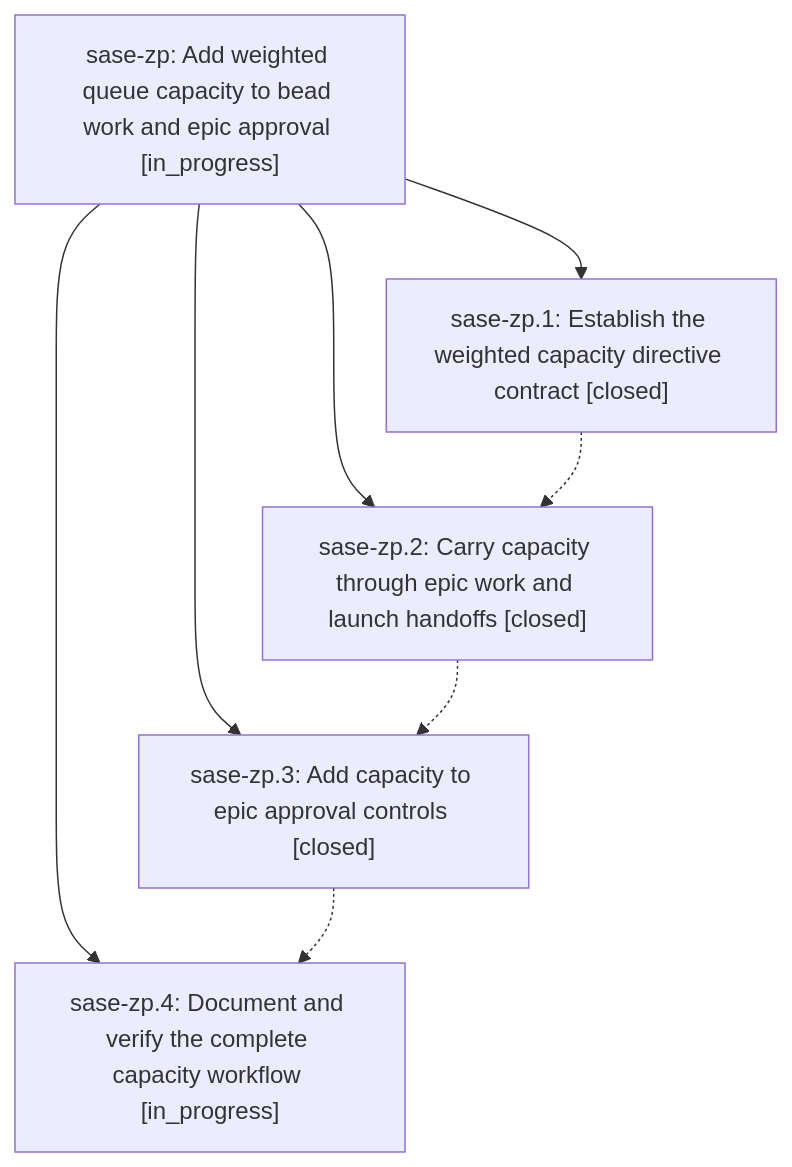
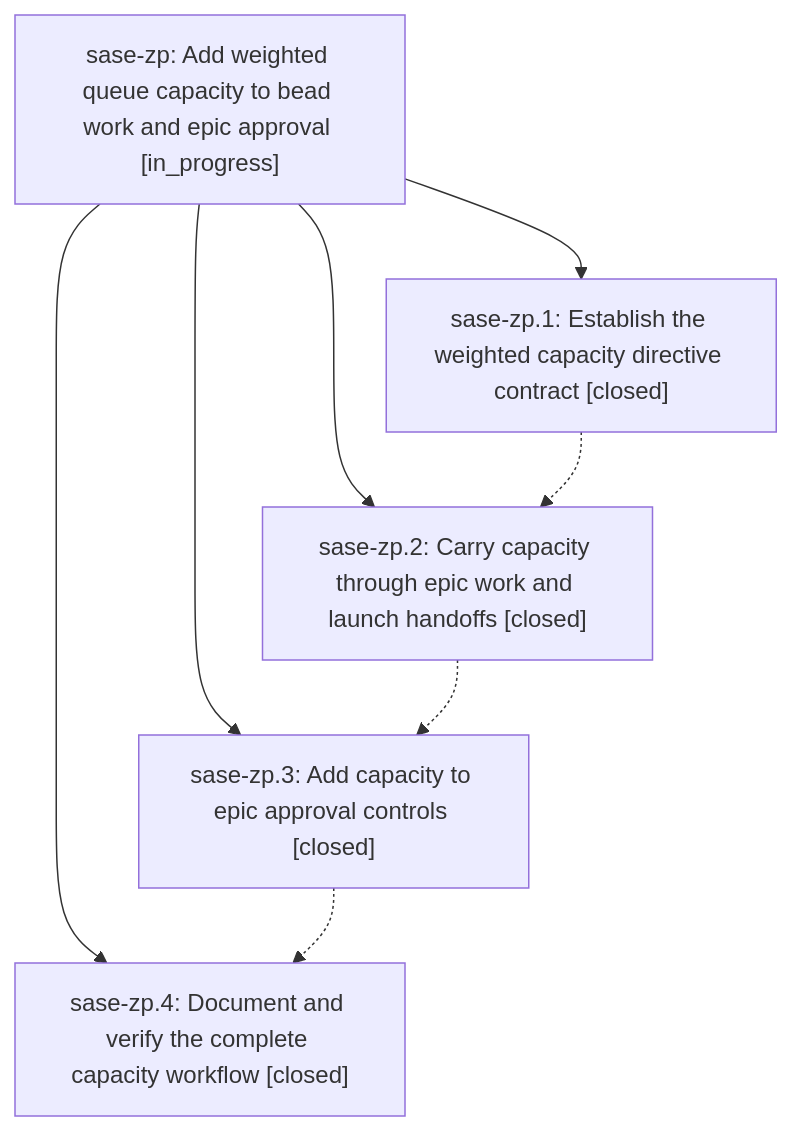
The diagram in pages/sase-zp/README.md (sase-org/sase--beads), drawn with Mermaid before and after one commit. The commit also changed other lines of this file and 2 other files, not shown here.

First line of the commit message:
chore(beads): sync bead state and pages for sase-zp

````diff
--- a/pages/sase-zp/README.md
+++ b/pages/sase-zp/README.md
@@ -25,15 +25,15 @@
 ```mermaid
 flowchart TD
     n0["sase-zp: Add weighted queue capacity to bead work and epic approval [in_progress]"]
     n1["sase-zp.1: Establish the weighted capacity directive contract [closed]"]
     n2["sase-zp.2: Carry capacity through epic work and launch handoffs [closed]"]
     n3["sase-zp.3: Add capacity to epic approval controls [closed]"]
-    n4["sase-zp.4: Document and verify the complete capacity workflow [in_progress]"]
+    n4["sase-zp.4: Document and verify the complete capacity workflow [closed]"]
     n0 --> n1
     n0 --> n2
     n0 --> n3
     n0 --> n4
     n1 -.-> n2
     n2 -.-> n3
     n3 -.-> n4
 ```
````
